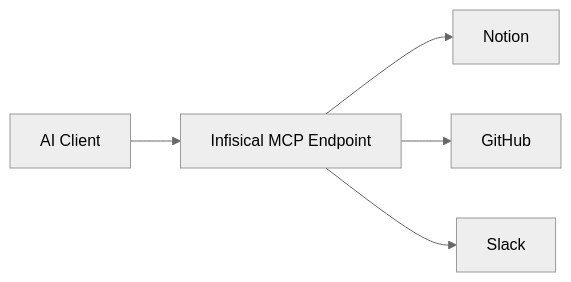
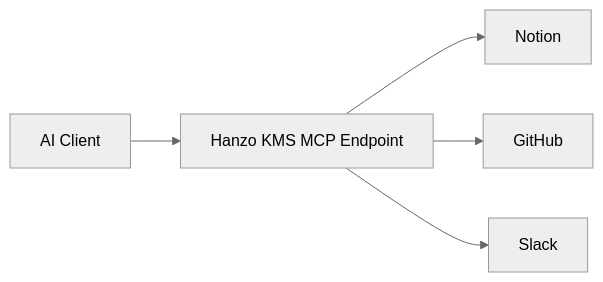
Before and after one commit to hanzoai/kms: the diagram in docs/documentation/platform/agent-sentinel/concepts/mcp-overview.mdx, drawn with Mermaid (neutral theme). The commit also changed other lines of this file and 927 other files, not shown here.

First line of the commit message:
feat: complete Hanzo KMS rebranding across upstream merge

````diff
--- a/docs/documentation/platform/agent-sentinel/concepts/mcp-overview.mdx
+++ b/docs/documentation/platform/agent-sentinel/concepts/mcp-overview.mdx
@@ -37,7 +37,7 @@
 ```mermaid
 graph LR
-    A[AI Client] --> B[Infisical MCP Endpoint]
+    A[AI Client] --> B[Hanzo KMS MCP Endpoint]
     B --> C[Notion]
     B --> D[GitHub]
     B --> E[Slack]
 ```
````
